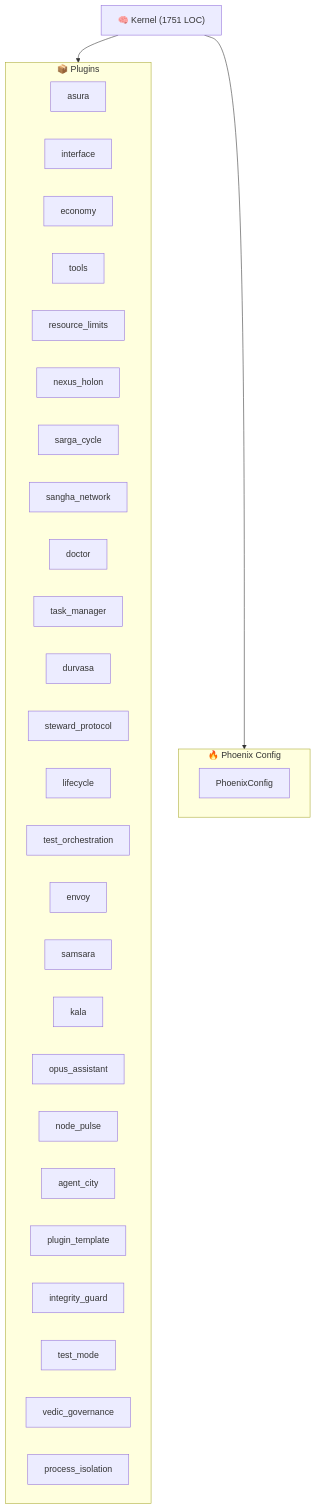
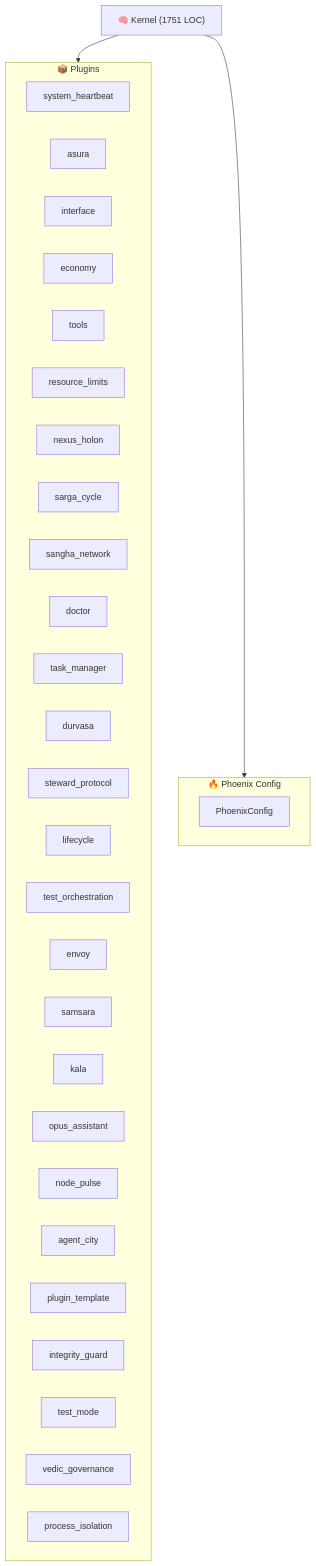
The diagram in ARCHITECTURE.md (kimeisele/steward-protocol), drawn with Mermaid before and after one commit. The commit also changed other lines of this file and 16 other files, not shown here.

````diff
--- a/ARCHITECTURE.md
+++ b/ARCHITECTURE.md
@@ -8,36 +8,37 @@
 ```mermaid
 graph TB
     K["🧠 Kernel (1751 LOC)"]
     subgraph Plugins["📦 Plugins"]
+        P_system_heartbeat["system_heartbeat"]
         P_asura["asura"]
         P_interface["interface"]
         P_economy["economy"]
         P_tools["tools"]
         P_resource_limits["resource_limits"]
         P_nexus_holon["nexus_holon"]
         P_sarga_cycle["sarga_cycle"]
         P_sangha_network["sangha_network"]
         P_doctor["doctor"]
         P_task_manager["task_manager"]
         P_durvasa["durvasa"]
         P_steward_protocol["steward_protocol"]
         P_lifecycle["lifecycle"]
         P_test_orchestration["test_orchestration"]
         P_envoy["envoy"]
         P_samsara["samsara"]
         P_kala["kala"]
         P_opus_assistant["opus_assistant"]
         P_node_pulse["node_pulse"]
         P_agent_city["agent_city"]
         P_plugin_template["plugin_template"]
         P_integrity_guard["integrity_guard"]
         P_test_mode["test_mode"]
         P_vedic_governance["vedic_governance"]
         P_process_isolation["process_isolation"]
     end
     K --> Plugins
     subgraph Config["🔥 Phoenix Config"]
         PC[PhoenixConfig]
     end
     K --> Config
 ```
````
